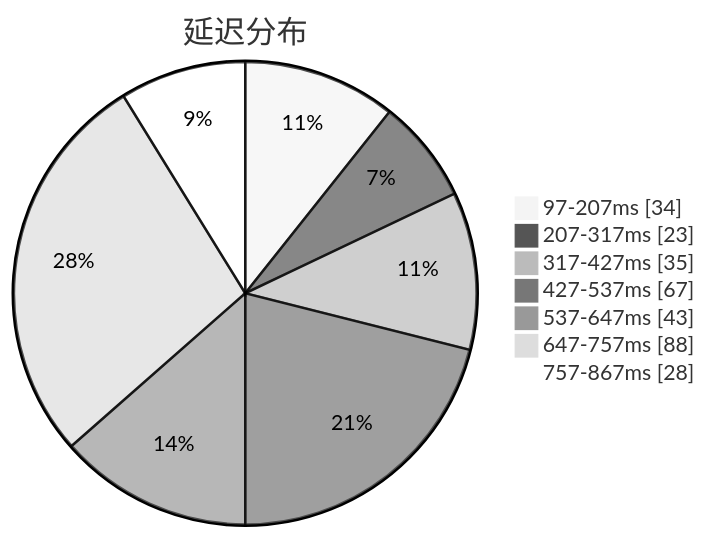
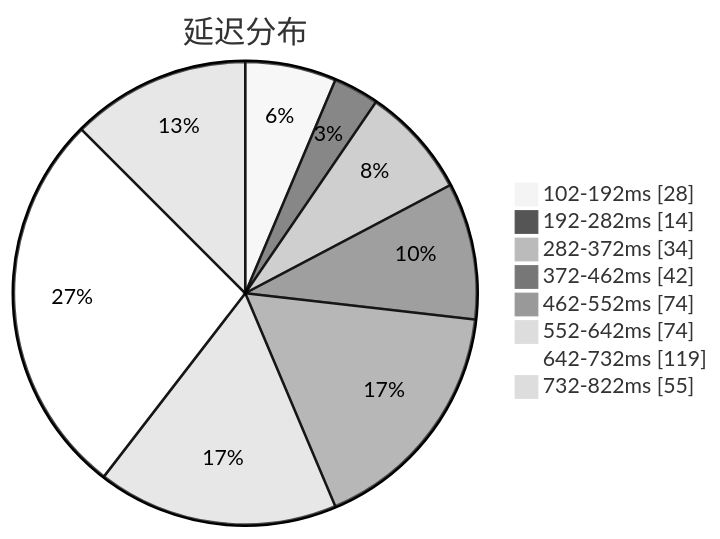
Before and after one commit to sinspired/airport: the first of 3 diagrams in subs/statistics/tested_within.md, drawn with Mermaid (neutral theme). The commit also changed other lines of this file and 2 other files, not shown here.

````diff
--- a/subs/statistics/tested_within.md
+++ b/subs/statistics/tested_within.md
@@ -2,11 +2,12 @@
 ```mermaid
 pie showData
 title 延迟分布
-"97-207ms" : 34
-"207-317ms" : 23
-"317-427ms" : 35
-"427-537ms" : 67
-"537-647ms" : 43
-"647-757ms" : 88
-"757-867ms" : 28
+"102-192ms" : 28
+"192-282ms" : 14
+"282-372ms" : 34
+"372-462ms" : 42
+"462-552ms" : 74
+"552-642ms" : 74
+"642-732ms" : 119
+"732-822ms" : 55
 ```
````
